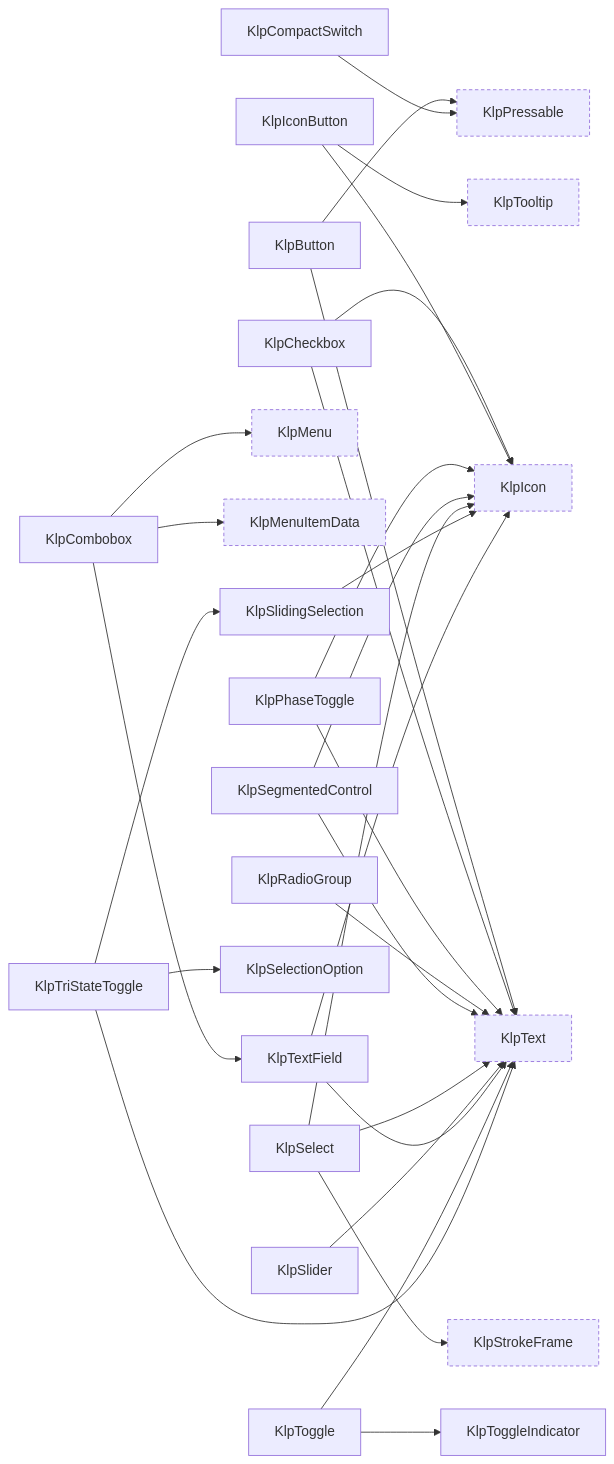
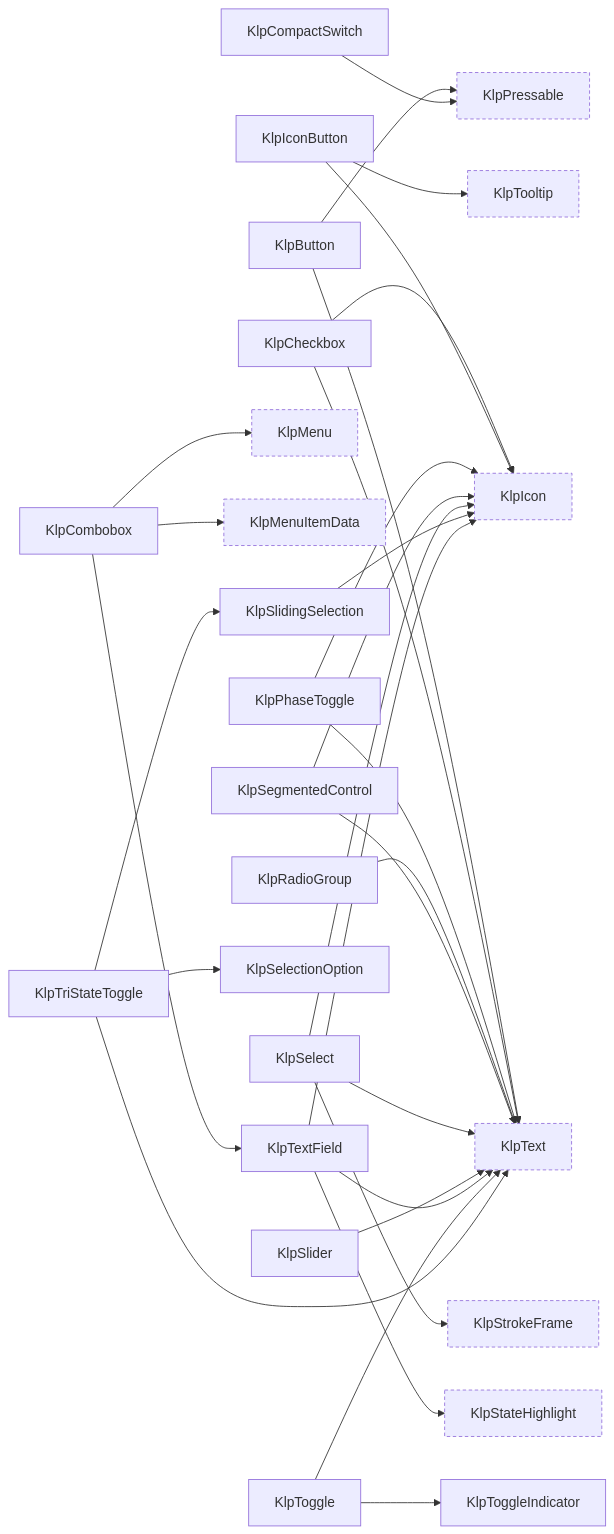
The eighth of 17 diagrams in spec/component-inventory.md (MiuDog/Kallopis), drawn with Mermaid before and after one commit. The commit also changed other lines of this file and 67 other files, not shown here.

````diff
--- a/spec/component-inventory.md
+++ b/spec/component-inventory.md
@@ -430,54 +433,56 @@
 ```mermaid
 graph LR
   KlpButton["KlpButton"]
   KlpCheckbox["KlpCheckbox"]
   KlpCombobox["KlpCombobox"]
   KlpCompactSwitch["KlpCompactSwitch"]
   KlpIcon["KlpIcon"]:::external
   KlpIconButton["KlpIconButton"]
   KlpMenu["KlpMenu"]:::external
   KlpMenuItemData["KlpMenuItemData"]:::external
   KlpPhaseToggle["KlpPhaseToggle"]
   KlpPressable["KlpPressable"]:::external
   KlpRadioGroup["KlpRadioGroup"]
   KlpSegmentedControl["KlpSegmentedControl"]
   KlpSelect["KlpSelect"]
   KlpSelectionOption["KlpSelectionOption"]
   KlpSlider["KlpSlider"]
   KlpSlidingSelection["KlpSlidingSelection"]
+  KlpStateHighlight["KlpStateHighlight"]:::external
   KlpStrokeFrame["KlpStrokeFrame"]:::external
   KlpText["KlpText"]:::external
   KlpTextField["KlpTextField"]
   KlpToggle["KlpToggle"]
   KlpToggleIndicator["KlpToggleIndicator"]
   KlpTooltip["KlpTooltip"]:::external
   KlpTriStateToggle["KlpTriStateToggle"]
   KlpButton --> KlpPressable
   KlpButton --> KlpText
   KlpCheckbox --> KlpIcon
   KlpCheckbox --> KlpText
   KlpCombobox --> KlpMenu
   KlpCombobox --> KlpMenuItemData
   KlpCombobox --> KlpTextField
   KlpCompactSwitch --> KlpPressable
   KlpIconButton --> KlpIcon
   KlpIconButton --> KlpTooltip
   KlpPhaseToggle --> KlpIcon
   KlpPhaseToggle --> KlpText
   KlpRadioGroup --> KlpText
   KlpSegmentedControl --> KlpIcon
   KlpSegmentedControl --> KlpText
   KlpSelect --> KlpIcon
   KlpSelect --> KlpStrokeFrame
   KlpSelect --> KlpText
   KlpSlider --> KlpText
   KlpSlidingSelection --> KlpIcon
   KlpTextField --> KlpIcon
+  KlpTextField --> KlpStateHighlight
   KlpTextField --> KlpText
   KlpToggle --> KlpText
   KlpToggle --> KlpToggleIndicator
   KlpTriStateToggle --> KlpSelectionOption
   KlpTriStateToggle --> KlpSlidingSelection
   KlpTriStateToggle --> KlpText
   classDef external stroke-dasharray: 4 3;
 ```
````
